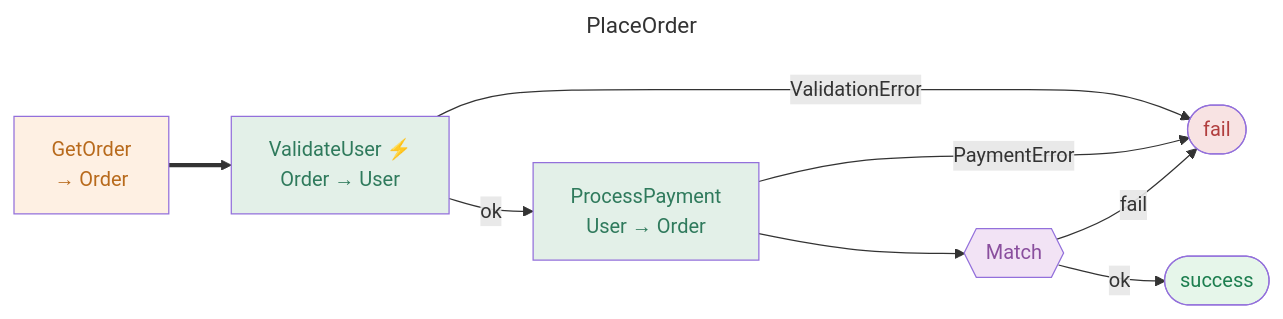
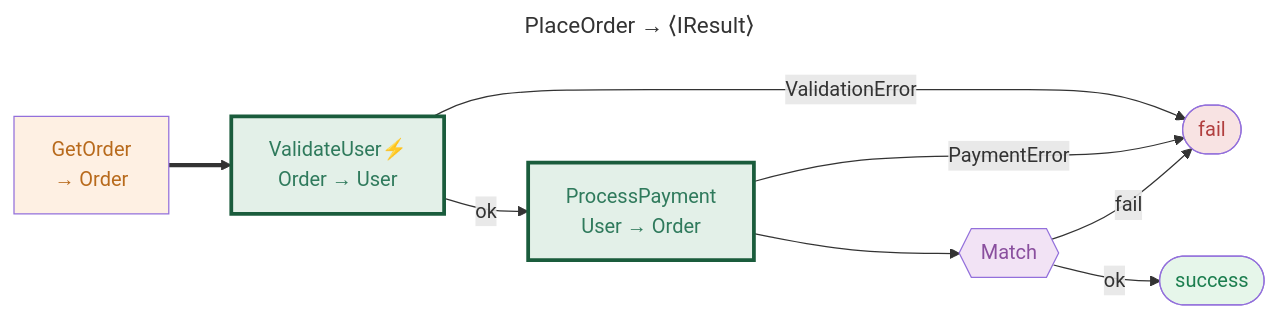
One commit to reslava/nuget-package-reslava-result changed the first of 7 diagrams in mkdocs/resultflow/diagrams/index.md. Above: the diagram before and after it, drawn with Mermaid. The commit also changed other lines of this file and 17 other files, not shown here.

````diff
--- a/mkdocs/resultflow/diagrams/index.md
+++ b/mkdocs/resultflow/diagrams/index.md
@@ -16,25 +16,26 @@
 ```mermaid
 ---
-title: PlaceOrder
+title: PlaceOrder → ⟨IResult⟩
 ---
 flowchart LR
   ENTRY_ROOT["GetOrder<br/>→ Order"]:::operation ==> N0_ValidateUser
-  N0_ValidateUser["ValidateUser ⚡<br/>Order → User"]:::transform
+  N0_ValidateUser["ValidateUser⚡<br/>Order → User"]:::bind
   N0_ValidateUser -->|"ValidationError"| FAIL
   N0_ValidateUser -->|ok| N1_ProcessPayment
-  N1_ProcessPayment["ProcessPayment<br/>User → Order"]:::transform
+  N1_ProcessPayment["ProcessPayment<br/>User → Order"]:::bind
   N1_ProcessPayment -->|"PaymentError"| FAIL
   N1_ProcessPayment --> N2_Match
   N2_Match{{"Match"}}:::terminal
   N2_Match -->|ok| SUCCESS
   N2_Match -->|fail| FAIL
 
-  FAIL([fail]):::failure
+  FAIL([fail])
+  FAIL:::failure
   SUCCESS([success]):::success
 
   classDef operation  fill:#fef0e3,color:#b86a1c
-  classDef transform  fill:#e3f0e8,color:#2f7a5c
+  classDef bind       fill:#e3f0e8,color:#2f7a5c,stroke:#1a5c3c,stroke-width:3px
   classDef terminal   fill:#f2e3f5,color:#8a4f9e
   classDef failure    fill:#f8e3e3,color:#b13e3e
   classDef success    fill:#e6f6ea,color:#1c7e4f
 ```
````
